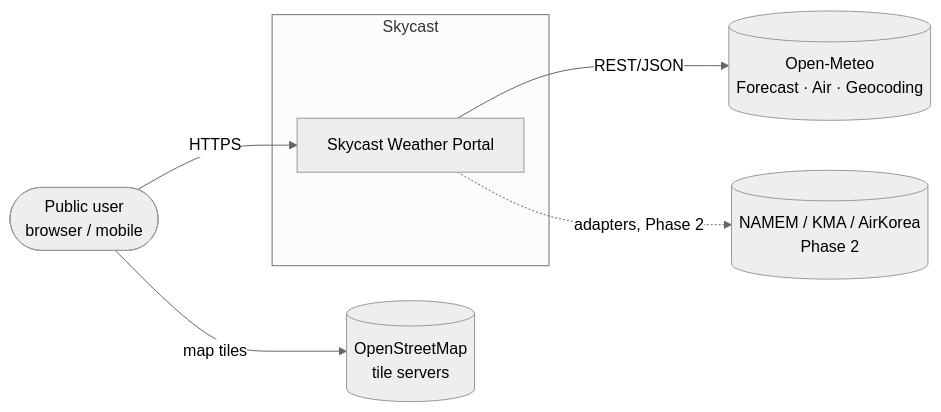
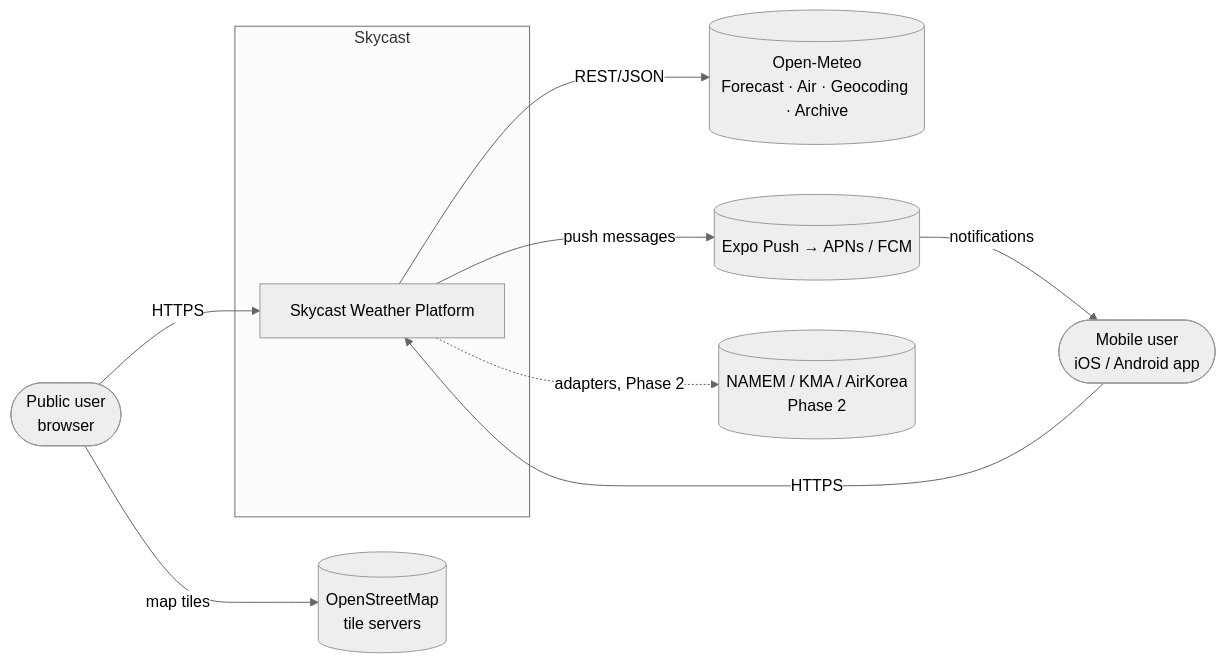
Before and after one commit to Uranbold/tweetbot: the first of 9 diagrams in weather/docs/SA.md, drawn with Mermaid (neutral theme). The commit also changed other lines of this file and 3 other files, not shown here.

First line of the commit message:
Extend Skycast contract and BA/SA for AI prediction module and region push notifications

````diff
--- a/weather/docs/SA.md
+++ b/weather/docs/SA.md
@@ -28,14 +30,18 @@
 ```mermaid
 flowchart LR
-  user([Public user<br/>browser / mobile])
+  user([Public user<br/>browser])
+  muser([Mobile user<br/>iOS / Android app])
   subgraph Skycast
-    sys[Skycast Weather Portal]
+    sys[Skycast Weather Platform]
   end
-  om[(Open-Meteo<br/>Forecast · Air · Geocoding)]
+  om[(Open-Meteo<br/>Forecast · Air · Geocoding · Archive)]
   osm[(OpenStreetMap<br/>tile servers)]
+  expo[(Expo Push → APNs / FCM)]
   namem[(NAMEM / KMA / AirKorea<br/>Phase 2)]
   user -- HTTPS --> sys
+  muser -- HTTPS --> sys
   user -- map tiles --> osm
   sys -- REST/JSON --> om
+  sys -- push messages --> expo -- notifications --> muser
   sys -. adapters, Phase 2 .-> namem
 ```
````
